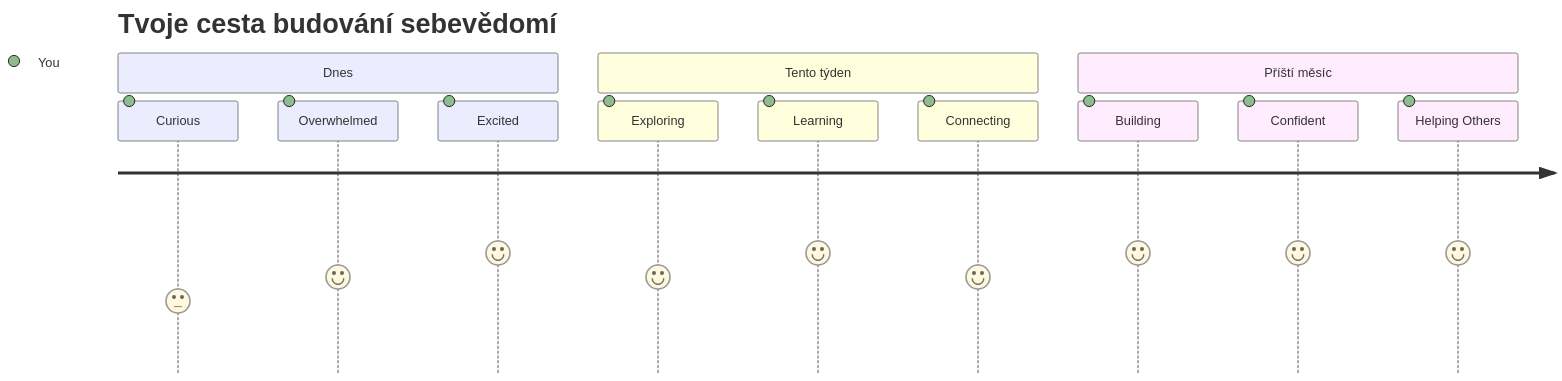
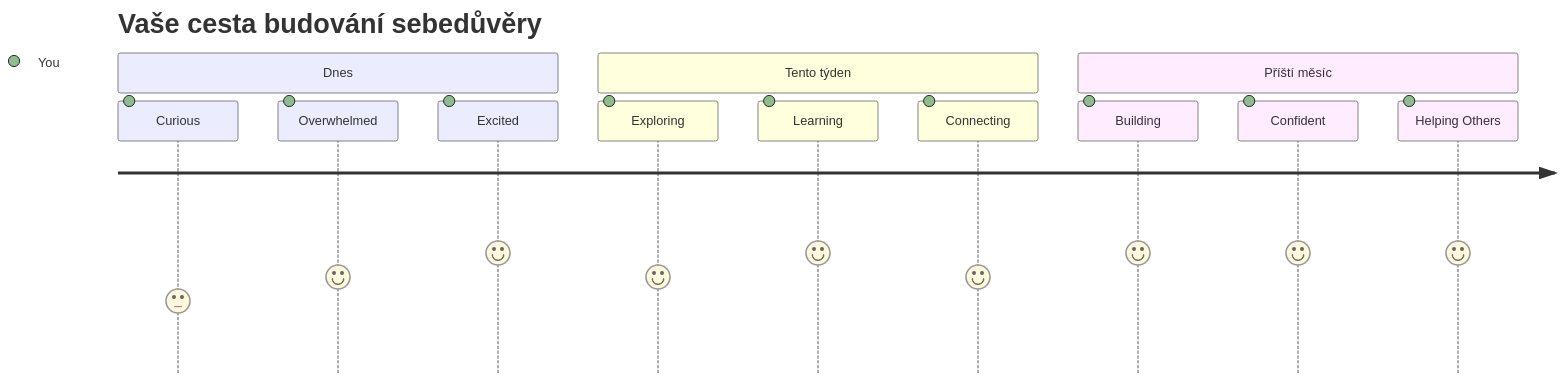
The seventh of 7 diagrams in translations/cs/1-getting-started-lessons/1-intro-to-programming-languages/README.md (microsoft/Web-Dev-For-Beginners), drawn with Mermaid before and after one commit. The commit also changed other lines of this file and 8 other files, not shown here.

````diff
--- a/translations/cs/1-getting-started-lessons/1-intro-to-programming-languages/README.md
+++ b/translations/cs/1-getting-started-lessons/1-intro-to-programming-languages/README.md
@@ -833,16 +833,16 @@
 ```mermaid
 journey
-    title Tvoje cesta budování sebevědomí
+    title Vaše cesta budování sebedůvěry
     section Dnes
       Curious: 3: You
       Overwhelmed: 4: You
       Excited: 5: You
     section Tento týden
       Exploring: 4: You
       Learning: 5: You
       Connecting: 4: You
     section Příští měsíc
       Building: 5: You
       Confident: 5: You
       Helping Others: 5: You
 ```
````
